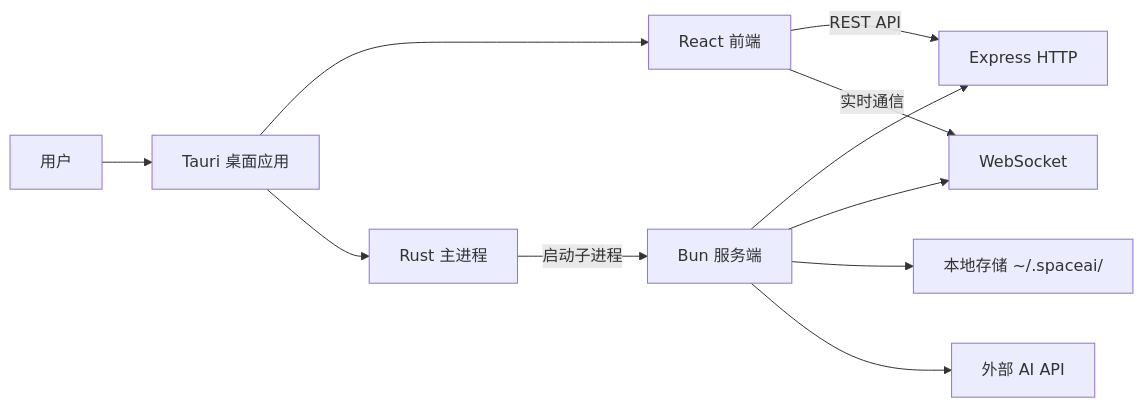
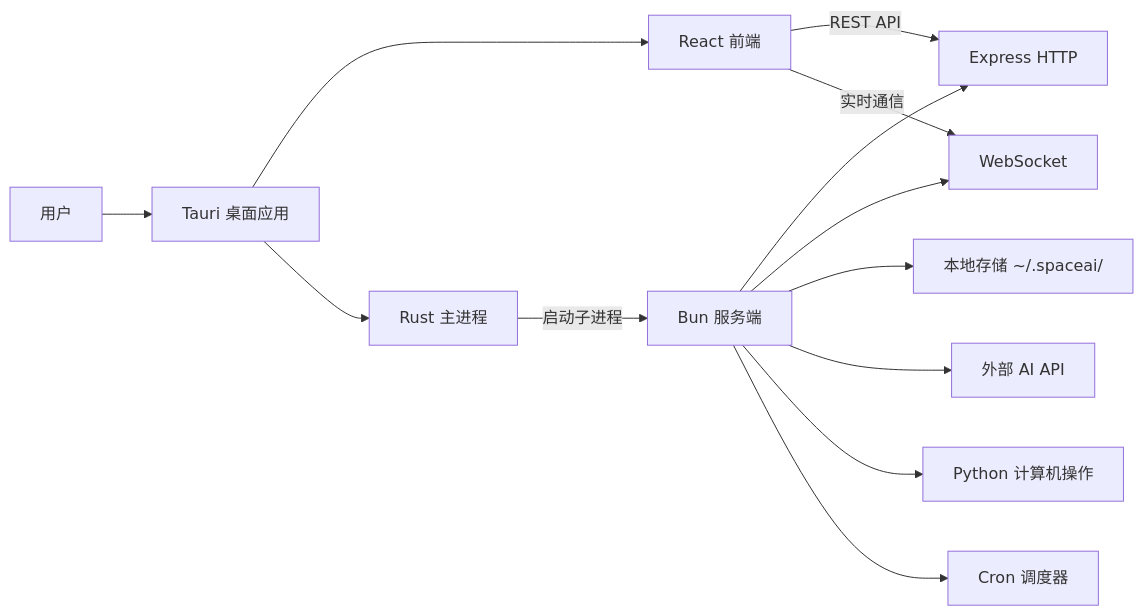
One commit to guobinnew/space-ai changed the second of 2 diagrams in openwiki/quickstart.md. Above: the diagram before and after it, drawn with Mermaid. The commit also changed other lines of this file and 25 other files, not shown here.

````diff
--- a/openwiki/quickstart.md
+++ b/openwiki/quickstart.md
@@ -166,13 +183,15 @@
 ```mermaid
 graph LR
     A[用户] --> B[Tauri 桌面应用]
     B --> C[React 前端]
     B --> D[Rust 主进程]
     D -->|启动子进程| E[Bun 服务端]
     E --> F[Express HTTP]
     E --> G[WebSocket]
     C -->|REST API| F
     C -->|实时通信| G
     E --> H[本地存储 ~/.spaceai/]
     E --> I[外部 AI API]
+    E --> J[Python 计算机操作]
+    E --> K[Cron 调度器]
 ```
````
